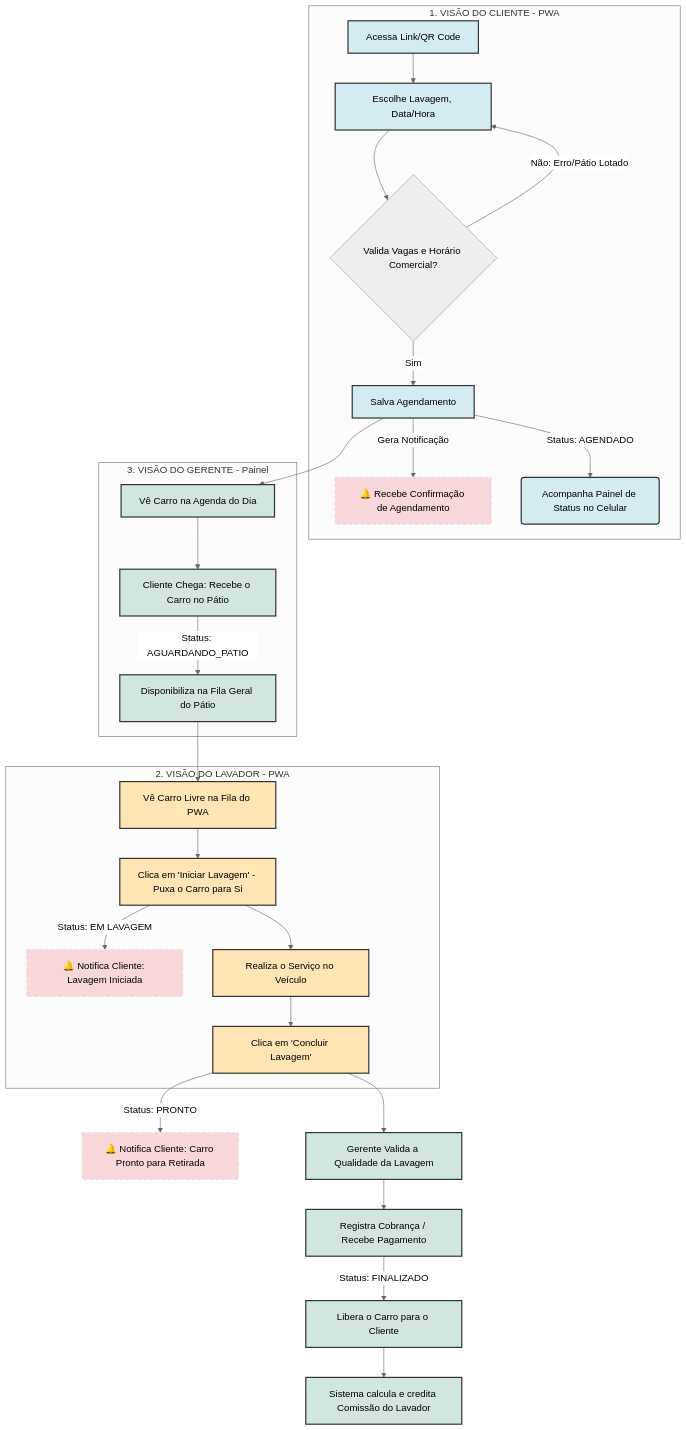
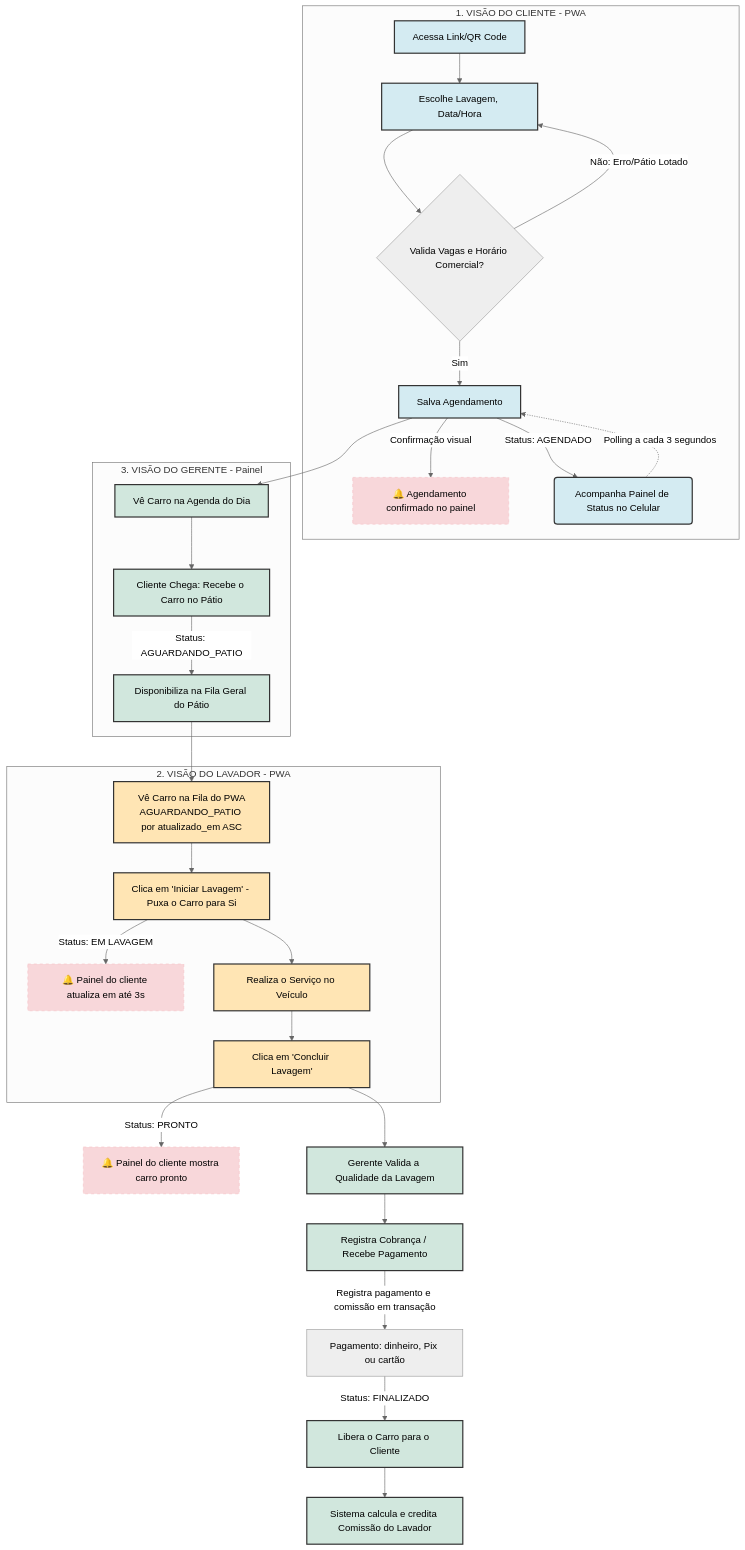
One commit to mayconaraujosantos/washflow-app changed the diagram in diagram-usecase-washflow-system.mermaid. Above: the diagram before and after it, drawn with Mermaid (neutral theme). The commit also changed 3 other files, not shown here.

Commit message:
docs(project): document authentication and operations flows

```diff
--- a/diagram-usecase-washflow-system.mermaid
+++ b/diagram-usecase-washflow-system.mermaid
@@ -1,48 +1,50 @@
 graph TD
     %% Estilos
     classDef cliente fill:#d4ebf2,stroke:#333,stroke-width:2px;
     classDef lavador fill:#ffe5b4,stroke:#333,stroke-width:2px;
     classDef gerente fill:#d1e7dd,stroke:#333,stroke-width:2px;
     classDef notificacao fill:#f8d7da,stroke:#f5c2c7,stroke-width:1px,stroke-dasharray: 5 5;
 
     %% Canal do Cliente
     subgraph C1 [1. VISÃO DO CLIENTE - PWA]
         A[Acessa Link/QR Code] --> B[Escolhe Lavagem, Data/Hora]
         B --> VALIDA{Valida Vagas e Horário Comercial?}
         
         VALIDA -->|Não: Erro/Pátio Lotado| B
         VALIDA -->|Sim| C[Salva Agendamento]
         
-        C -->|Gera Notificação| NOT1[🔔 Recebe Confirmação de Agendamento]
+        C -->|Confirmação visual| NOT1[🔔 Agendamento confirmado no painel]
         C -->|Status: AGENDADO| D(Acompanha Painel de Status no Celular)
+        D -.->|Polling a cada 3 segundos| C
     end
 
     %% Canal do Gerente (Entrada)
     subgraph G1 [3. VISÃO DO GERENTE - Painel]
         C --> E[Vê Carro na Agenda do Dia]
         E --> F[Cliente Chega: Recebe o Carro no Pátio]
         F -->|Status: AGUARDANDO_PATIO| G[Disponibiliza na Fila Geral do Pátio]
     end
 
     %% Canal do Lavador
     subgraph L1 [2. VISÃO DO LAVADOR - PWA]
-        G --> H[Vê Carro Livre na Fila do PWA]
+        G --> H[Vê Carro na Fila do PWA<br/>AGUARDANDO_PATIO por atualizado_em ASC]
         H --> I[Clica em 'Iniciar Lavagem' - Puxa o Carro para Si]
         
-        I -->|Status: EM LAVAGEM| NOT2[🔔 Notifica Cliente: Lavagem Iniciada]
+        I -->|Status: EM LAVAGEM| NOT2[🔔 Painel do cliente atualiza em até 3s]
         I --> J[Realiza o Serviço no Veículo]
         J --> K[Clica em 'Concluir Lavagem']
     end
 
     %% Canal do Gerente / Cliente (Saída)
-    K -->|Status: PRONTO| NOT3[🔔 Notifica Cliente: Carro Pronto para Retirada]
+    K -->|Status: PRONTO| NOT3[🔔 Painel do cliente mostra carro pronto]
     K --> M[Gerente Valida a Qualidade da Lavagem]
     M --> N[Registra Cobrança / Recebe Pagamento]
-    N -->|Status: FINALIZADO| O[Libera o Carro para o Cliente]
+    N -->|Registra pagamento e comissão em transação| N1[Pagamento: dinheiro, Pix ou cartão]
+    N1 -->|Status: FINALIZADO| O[Libera o Carro para o Cliente]
     O --> P[Sistema calcula e credita Comissão do Lavador]
 
     %% Aplicando Classes
     class A,B,C,D cliente;
     class H,I,J,K lavador;
     class E,F,G,M,N,O,P gerente;
     class NOT1,NOT2,NOT3 notificacao;
```
